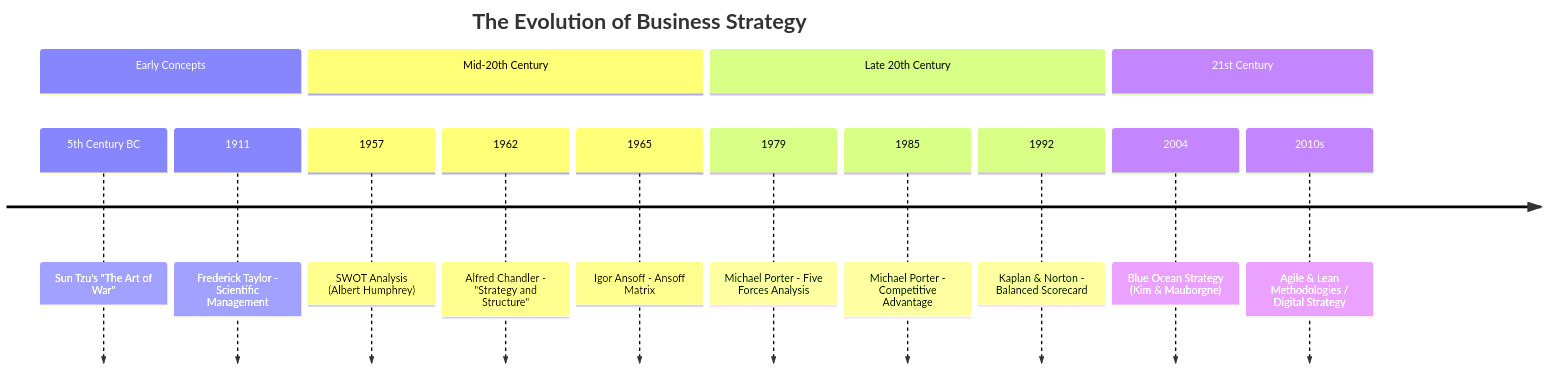
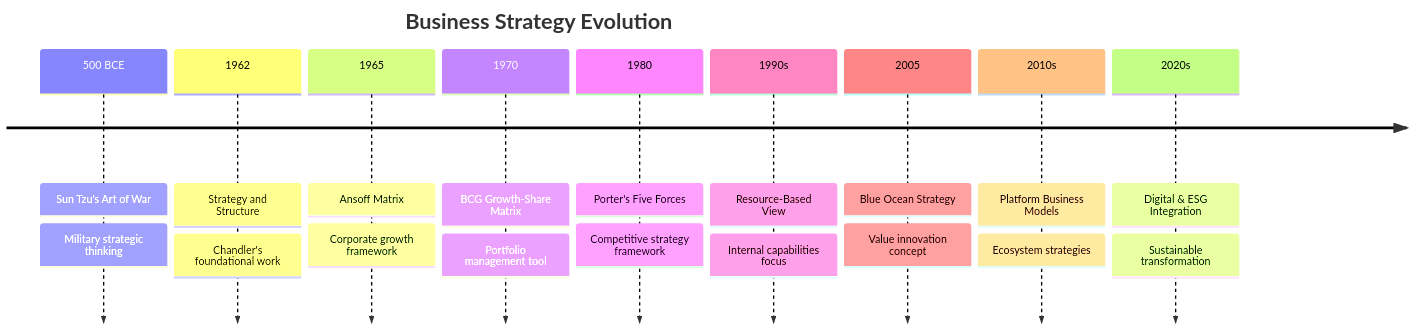
Before and after one commit to elidepb/mermaid_corpus: the diagram in timeline/Business and Administration/markdowns/265_business_strategy.md, drawn with Mermaid. The commit also changed 3129 other files, not shown here.

````diff
--- a/timeline/Business and Administration/markdowns/265_business_strategy.md
+++ b/timeline/Business and Administration/markdowns/265_business_strategy.md
@@ -1,18 +1,22 @@
 ```mermaid
 timeline
-    title The Evolution of Business Strategy
-    section Early Concepts
-        5th Century BC : Sun Tzu's "The Art of War"
-        1911 : Frederick Taylor - Scientific Management
-    section Mid-20th Century
-        1957 : SWOT Analysis (Albert Humphrey)
-        1962 : Alfred Chandler - "Strategy and Structure"
-        1965 : Igor Ansoff - Ansoff Matrix
-    section Late 20th Century
-        1979 : Michael Porter - Five Forces Analysis
-        1985 : Michael Porter - Competitive Advantage
-        1992 : Kaplan & Norton - Balanced Scorecard
-    section 21st Century
-        2004 : Blue Ocean Strategy (Kim & Mauborgne)
-        2010s : Agile & Lean Methodologies / Digital Strategy
+    title Business Strategy Evolution
+    500 BCE : Sun Tzu's Art of War
+            : Military strategic thinking
+    1962 : Strategy and Structure
+         : Chandler's foundational work
+    1965 : Ansoff Matrix
+         : Corporate growth framework
+    1970 : BCG Growth-Share Matrix
+         : Portfolio management tool
+    1980 : Porter's Five Forces
+         : Competitive strategy framework
+    1990s : Resource-Based View
+          : Internal capabilities focus
+    2005 : Blue Ocean Strategy
+         : Value innovation concept
+    2010s : Platform Business Models
+          : Ecosystem strategies
+    2020s : Digital & ESG Integration
+          : Sustainable transformation
 ```
````
